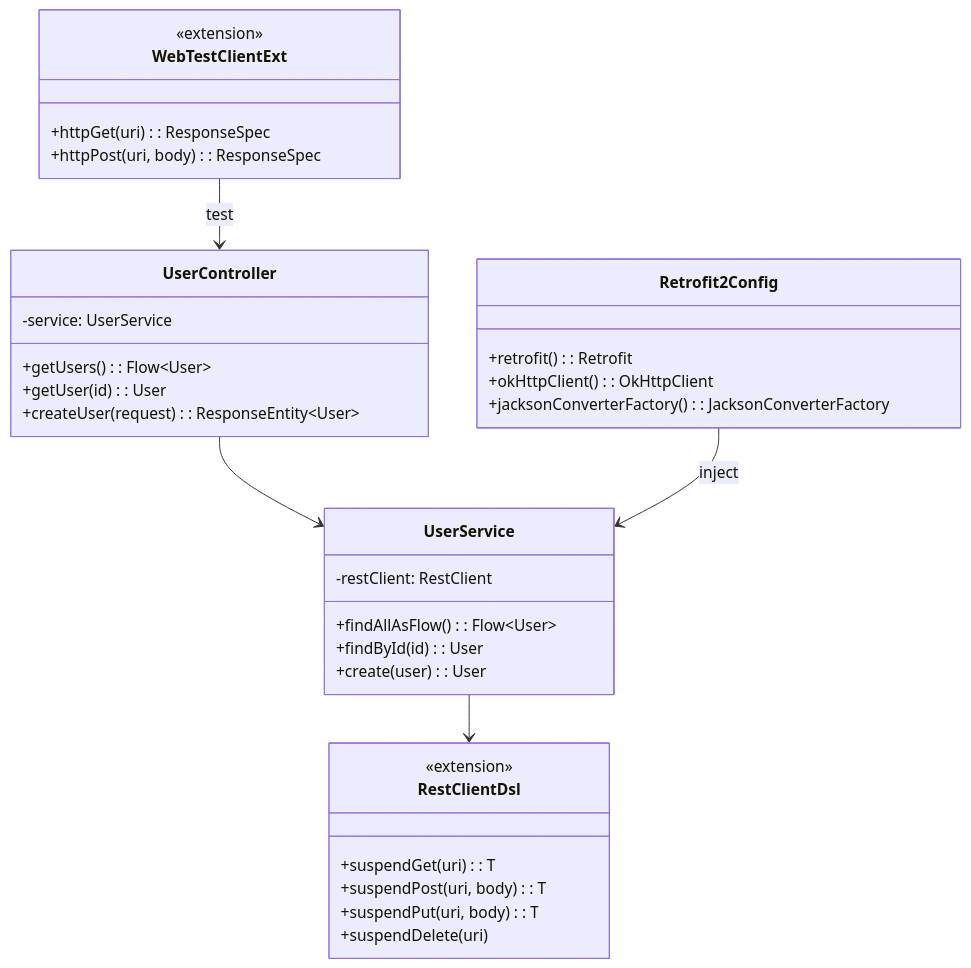
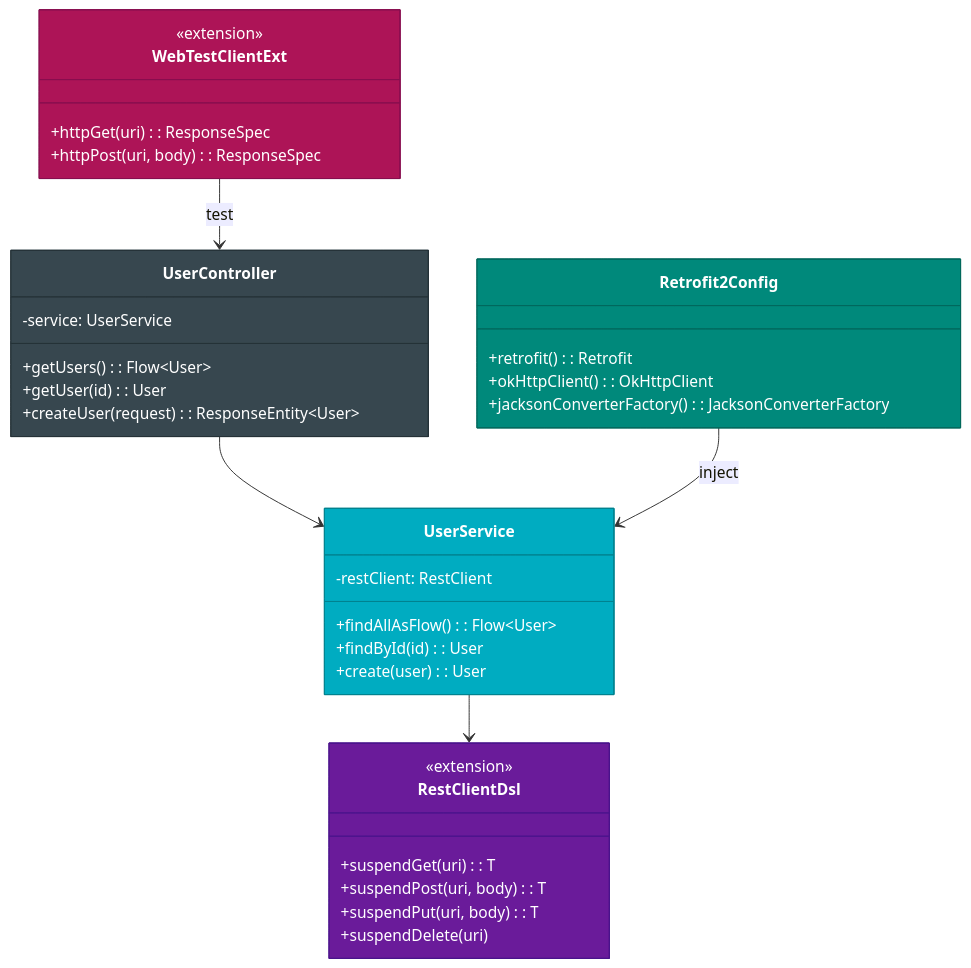
Before and after one commit to bluetape4k/bluetape4k-projects: the first of 4 diagrams in spring-boot4/core/README.ko.md, drawn with Mermaid. The commit also changed other lines of this file and 221 other files, not shown here.

First line of the commit message:
docs: 전체 모듈 README UML 다이어그램 보강 및 색상 업그레이드

````diff
--- a/spring-boot4/core/README.ko.md
+++ b/spring-boot4/core/README.ko.md
@@ -174,37 +174,43 @@
 ```mermaid
 classDiagram
     class UserController {
         -service: UserService
         +getUsers(): Flow~User~
         +getUser(id): User
         +createUser(request): ResponseEntity~User~
     }
     class UserService {
         -restClient: RestClient
         +findAllAsFlow(): Flow~User~
         +findById(id): User
         +create(user): User
     }
     class RestClientDsl {
         <<extension>>
         +suspendGet(uri): T
         +suspendPost(uri, body): T
         +suspendPut(uri, body): T
         +suspendDelete(uri)
     }
     class WebTestClientExt {
         <<extension>>
         +httpGet(uri): ResponseSpec
         +httpPost(uri, body): ResponseSpec
     }
     class Retrofit2Config {
         +retrofit(): Retrofit
         +okHttpClient(): OkHttpClient
         +jacksonConverterFactory(): JacksonConverterFactory
     }
 
     UserController --> UserService
     UserService --> RestClientDsl
     Retrofit2Config --> UserService : inject
     WebTestClientExt --> UserController : test
+
+    style UserController fill:#37474F,stroke:#263238,color:#FFFFFF
+    style UserService fill:#00ACC1,stroke:#00838F,color:#FFFFFF
+    style RestClientDsl fill:#6A1B9A,stroke:#4A148C,color:#FFFFFF
+    style WebTestClientExt fill:#AD1457,stroke:#880E4F,color:#FFFFFF
+    style Retrofit2Config fill:#00897B,stroke:#00695C,color:#FFFFFF
 ```
````
